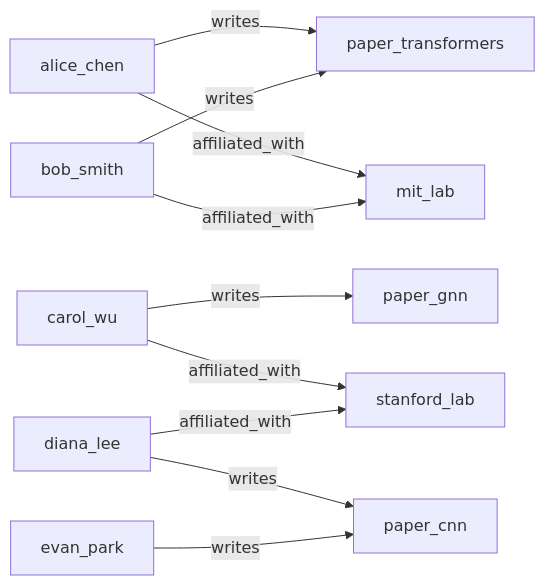
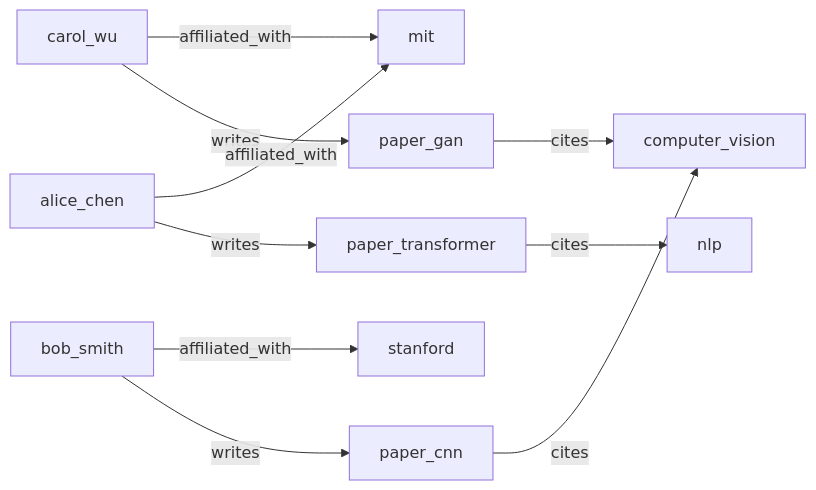
One commit to antquinonez/Hyper3 changed the diagram in examples/showcase/workflow/graph_versioning/README.md. Above: the diagram before and after it, drawn with Mermaid. The commit also changed other lines of this file and 14 other files, not shown here.

````diff
--- a/examples/showcase/workflow/graph_versioning/README.md
+++ b/examples/showcase/workflow/graph_versioning/README.md
@@ -79,12 +79,12 @@
 ```mermaid
 graph LR
-    alice_chen -->|writes| paper_transformers
-    bob_smith -->|writes| paper_transformers
-    carol_wu -->|writes| paper_gnn
-    diana_lee -->|writes| paper_cnn
-    evan_park -->|writes| paper_cnn
-    alice_chen -->|affiliated_with| mit_lab
-    bob_smith -->|affiliated_with| mit_lab
-    carol_wu -->|affiliated_with| stanford_lab
-    diana_lee -->|affiliated_with| stanford_lab
+    alice_chen -->|writes| paper_transformer
+    bob_smith -->|writes| paper_cnn
+    carol_wu -->|writes| paper_gan
+    alice_chen -->|affiliated_with| mit
+    bob_smith -->|affiliated_with| stanford
+    carol_wu -->|affiliated_with| mit
+    paper_transformer -->|cites| nlp
+    paper_cnn -->|cites| computer_vision
+    paper_gan -->|cites| computer_vision
 ```
````
